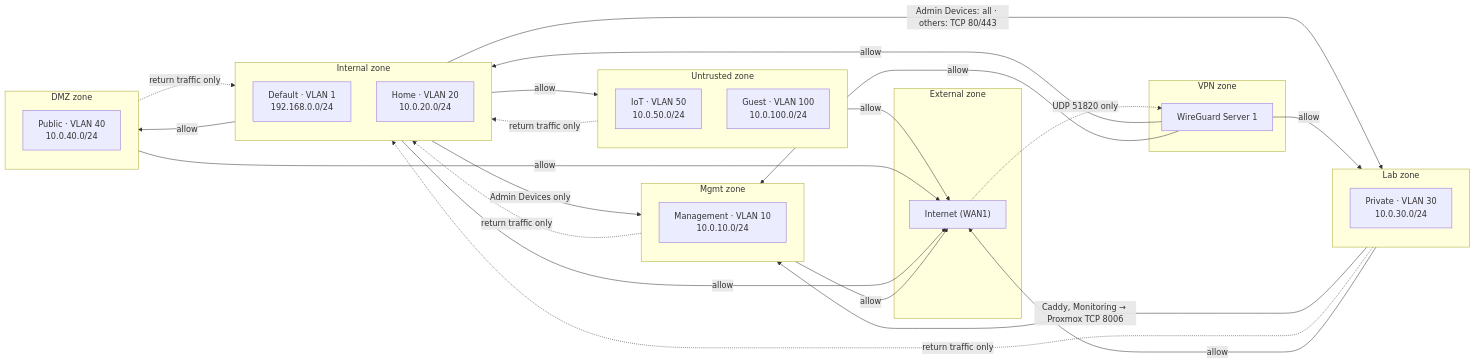
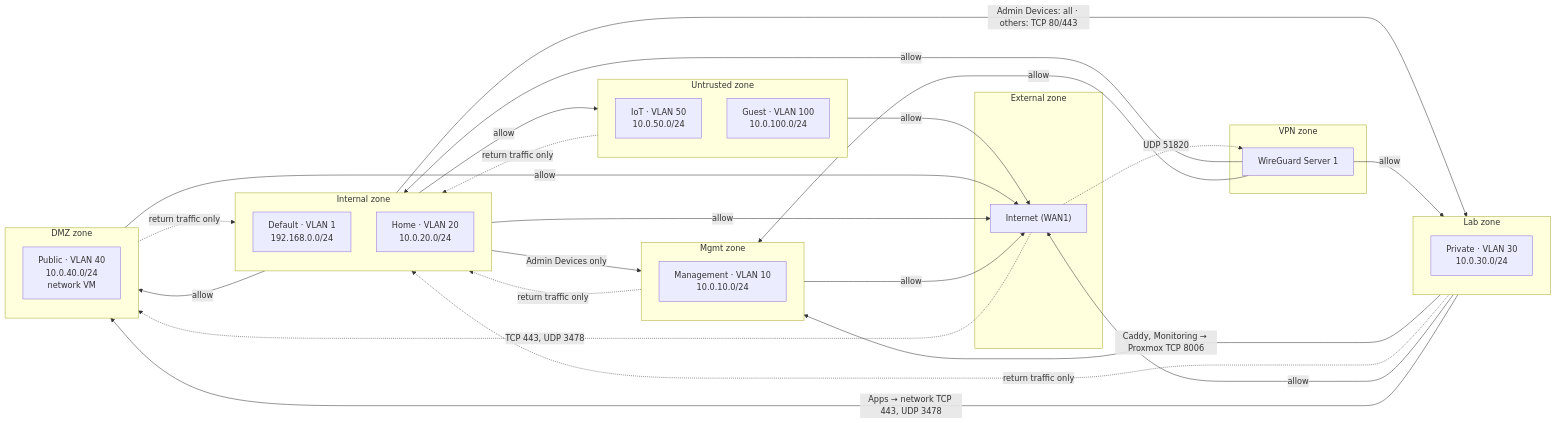
The second of 2 diagrams in README.md (shaaz-f/home-server), drawn with Mermaid before and after one commit. The commit also changed other lines of this file and 6 other files, not shown here.

````diff
--- a/README.md
+++ b/README.md
@@ -52,45 +52,47 @@
 ```mermaid
 flowchart LR
     subgraph EXT["External zone"]
         WAN["Internet (WAN1)"]
     end
     subgraph INT["Internal zone"]
         DEF["Default · VLAN 1<br/>192.168.0.0/24"]
         HOME["Home · VLAN 20<br/>10.0.20.0/24"]
     end
     subgraph MGZ["Mgmt zone"]
         MGMT["Management · VLAN 10<br/>10.0.10.0/24"]
     end
     subgraph LABZ["Lab zone"]
         PRIV["Private · VLAN 30<br/>10.0.30.0/24"]
     end
     subgraph UNT["Untrusted zone"]
         IOT["IoT · VLAN 50<br/>10.0.50.0/24"]
         GST["Guest · VLAN 100<br/>10.0.100.0/24"]
     end
     subgraph DMZZ["DMZ zone"]
-        PUB["Public · VLAN 40<br/>10.0.40.0/24"]
+        PUB["Public · VLAN 40<br/>10.0.40.0/24<br/>network VM"]
     end
     subgraph VPNZ["VPN zone"]
         WG["WireGuard Server 1"]
     end
 
     INT -- "Admin Devices only" --> MGZ
     INT -- "Admin Devices: all · others: TCP 80/443" --> LABZ
     LABZ -- "Caddy, Monitoring → Proxmox TCP 8006" --> MGZ
     INT -- "allow" --> UNT
     INT -- "allow" --> DMZZ
     MGZ -. "return traffic only" .-> INT
     LABZ -. "return traffic only" .-> INT
     UNT -. "return traffic only" .-> INT
     DMZZ -. "return traffic only" .-> INT
     UNT -- "allow" --> WAN
     DMZZ -- "allow" --> WAN
     INT -- "allow" --> WAN
     MGZ -- "allow" --> WAN
     LABZ -- "allow" --> WAN
     WG -- "allow" --> INT
     WG -- "allow" --> MGZ
     WG -- "allow" --> LABZ
-    WAN -. "UDP 51820 only" .-> WG
+    LABZ -- "Apps → network TCP 443, UDP 3478" --> DMZZ
+    WAN -. "UDP 51820" .-> WG
+    WAN -. "TCP 443, UDP 3478" .-> DMZZ
 ```
````
